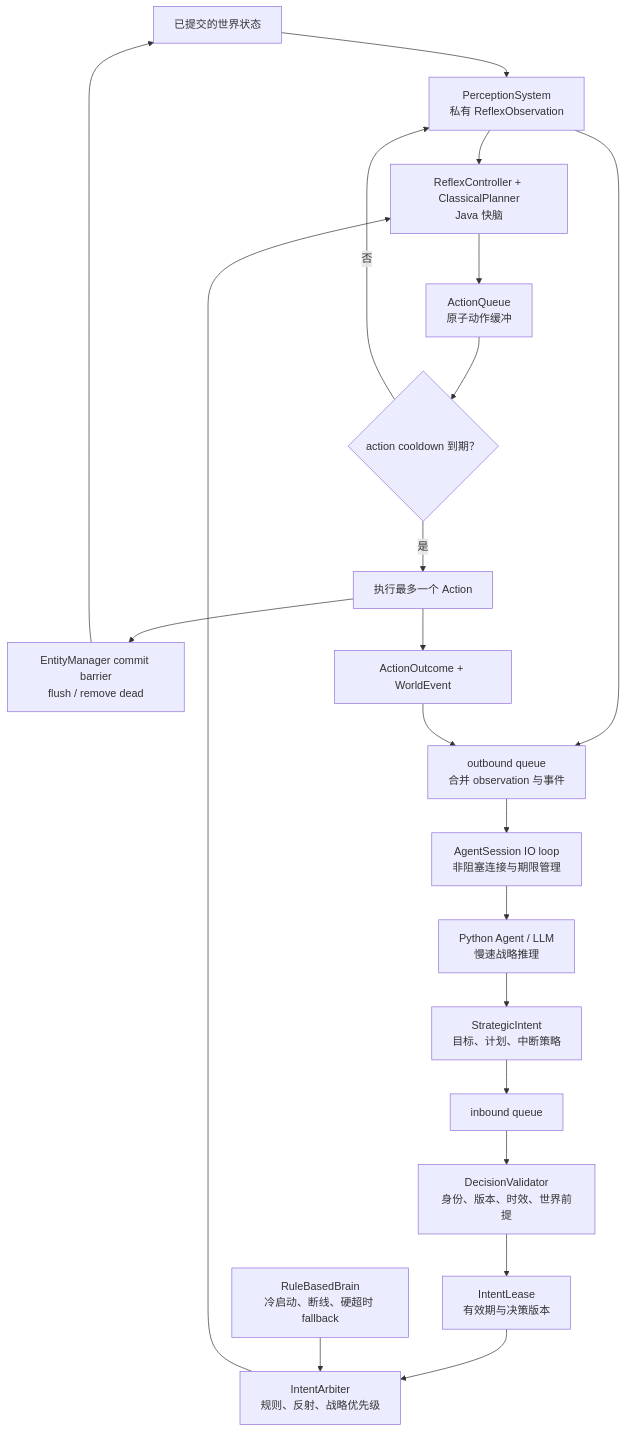
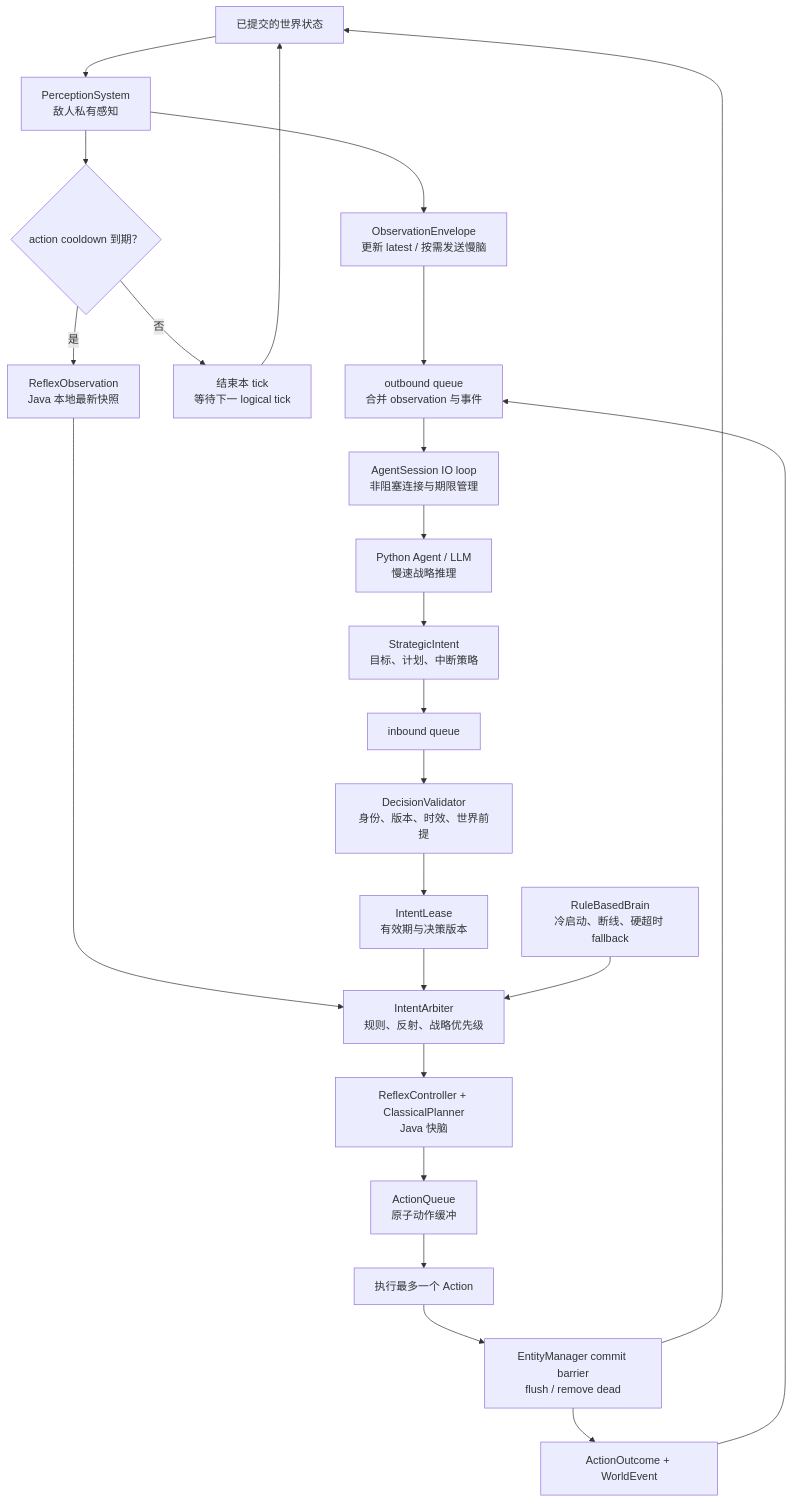
The diagram in proj2/AI_TICK_ARCHITECTURE.md (ericdonno/cs61b-std), drawn with Mermaid before and after one commit. The commit also changed other lines of this file and 33 other files, not shown here.

````diff
--- a/proj2/AI_TICK_ARCHITECTURE.md
+++ b/proj2/AI_TICK_ARCHITECTURE.md
@@ -131,26 +131,30 @@
 ```mermaid
 graph TD
-    W["已提交的世界状态"] --> P["PerceptionSystem<br/>私有 ReflexObservation"]
+    W["已提交的世界状态"] --> P["PerceptionSystem<br/>敌人私有感知"]
 
-    P --> R["ReflexController + ClassicalPlanner<br/>Java 快脑"]
+    P --> E["ObservationEnvelope<br/>更新 latest / 按需发送慢脑"]
+    E --> O["outbound queue<br/>合并 observation 与事件"]
+
+    P --> D{"action cooldown 到期？"}
+    D -->|否| T["结束本 tick<br/>等待下一 logical tick"]
+    T --> W
+    D -->|是| RO["ReflexObservation<br/>Java 本地最新快照"]
+    RO --> A["IntentArbiter<br/>规则、反射、战略优先级"]
+    A --> R["ReflexController + ClassicalPlanner<br/>Java 快脑"]
     R --> Q["ActionQueue<br/>原子动作缓冲"]
-    Q --> D{"action cooldown 到期？"}
-    D -->|否| P
-    D -->|是| X["执行最多一个 Action"]
+    Q --> X["执行最多一个 Action"]
     X --> C["EntityManager commit barrier<br/>flush / remove dead"]
     C --> W
 
-    P --> O["outbound queue<br/>合并 observation 与事件"]
     O --> S["AgentSession IO loop<br/>非阻塞连接与期限管理"]
     S --> M["Python Agent / LLM<br/>慢速战略推理"]
     M --> I["StrategicIntent<br/>目标、计划、中断策略"]
     I --> N["inbound queue"]
     N --> V["DecisionValidator<br/>身份、版本、时效、世界前提"]
     V --> L["IntentLease<br/>有效期与决策版本"]
-    L --> A["IntentArbiter<br/>规则、反射、战略优先级"]
-    A --> R
+    L --> A
 
     F["RuleBasedBrain<br/>冷启动、断线、硬超时 fallback"] --> A
-    X --> B["ActionOutcome + WorldEvent"]
+    C --> B["ActionOutcome + WorldEvent"]
     B --> O
 ```
````
